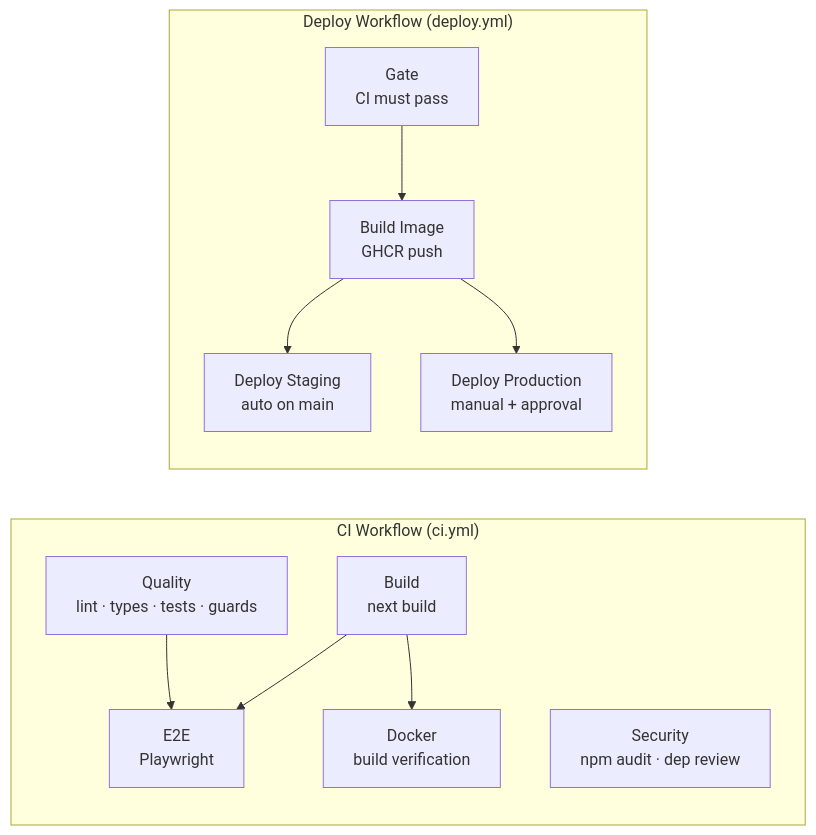
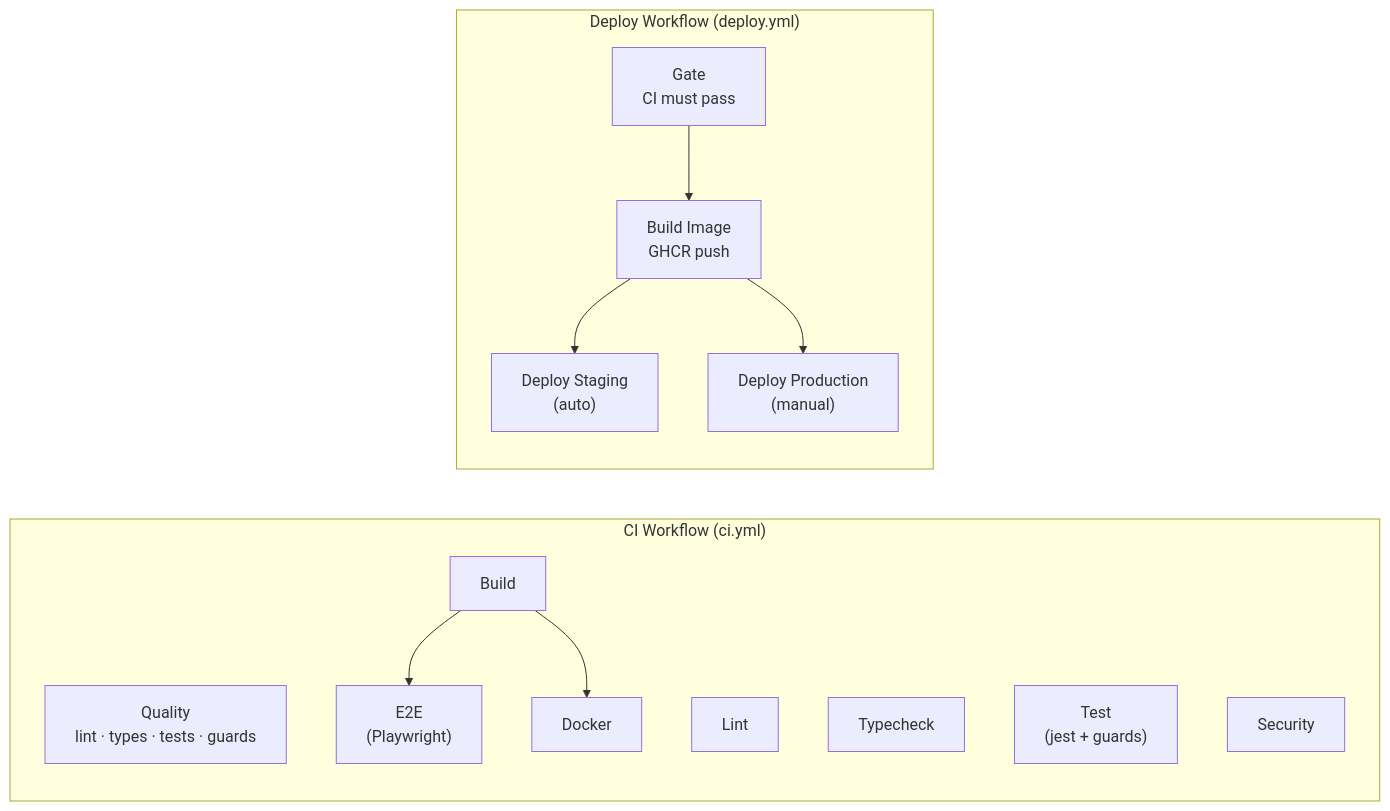
Before and after one commit to h0mele55/inflect-compliance: the diagram in docs/ci-cd.md, drawn with Mermaid. The commit also changed other lines of this file and 1 other file, not shown here.

Commit message:
feat(ci): split quality gates into parallel Lint, Typecheck, Test, Build jobs

````diff
--- a/docs/ci-cd.md
+++ b/docs/ci-cd.md
@@ -7,25 +7,28 @@
 ```mermaid
 graph LR
   subgraph "CI Workflow (ci.yml)"
     Q["Quality<br/>lint · types · tests · guards"]
     B["Build<br/>next build"]
-    S["Security<br/>npm audit · dep review"]
-    E["E2E<br/>Playwright"]
-    D["Docker<br/>build verification"]
+    L["Lint"]
+    T["Typecheck"]
+    J["Test<br/>(jest + guards)"]
+    B["Build"]
+    S["Security"]
+    E["E2E<br/>(Playwright)"]
+    D["Docker"]
     
-    Q --> E
     B --> E
     B --> D
   end
 
   subgraph "Deploy Workflow (deploy.yml)"
     G["Gate<br/>CI must pass"]
     I["Build Image<br/>GHCR push"]
-    DS["Deploy Staging<br/>auto on main"]
-    DP["Deploy Production<br/>manual + approval"]
+    DS["Deploy Staging<br/>(auto)"]
+    DP["Deploy Production<br/>(manual)"]
     
     G --> I
     I --> DS
     I --> DP
   end
 ```
````
